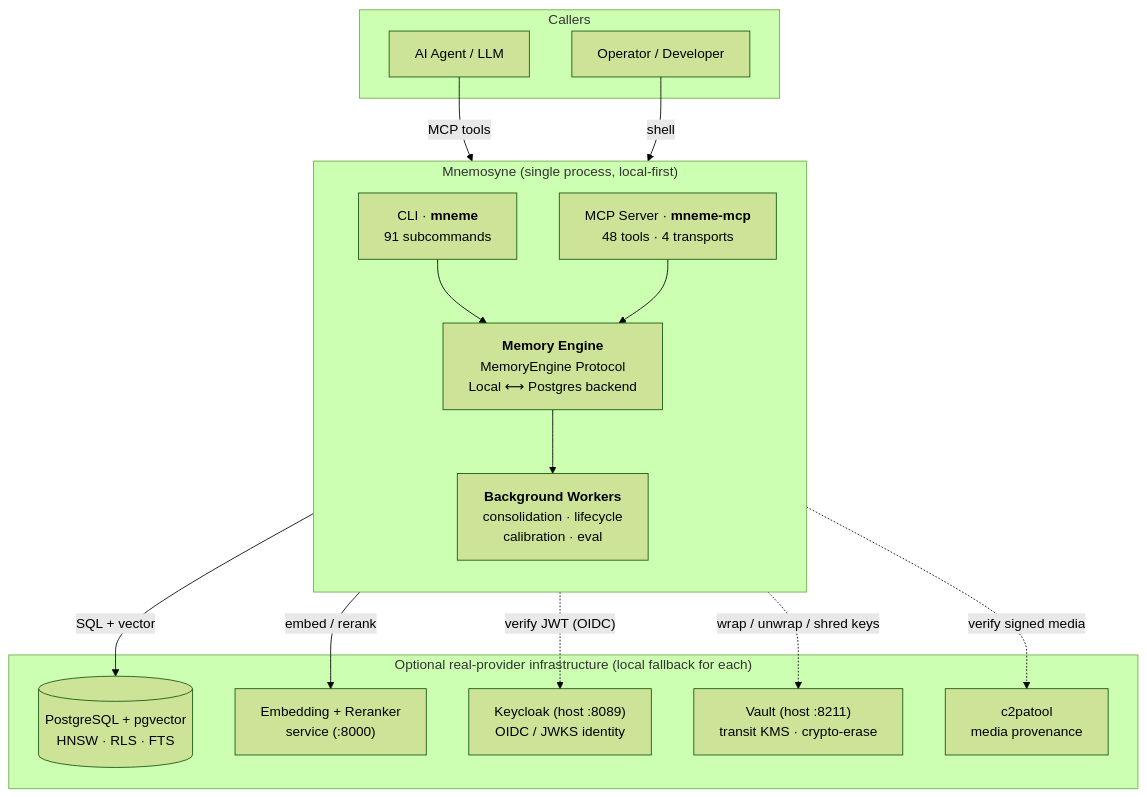
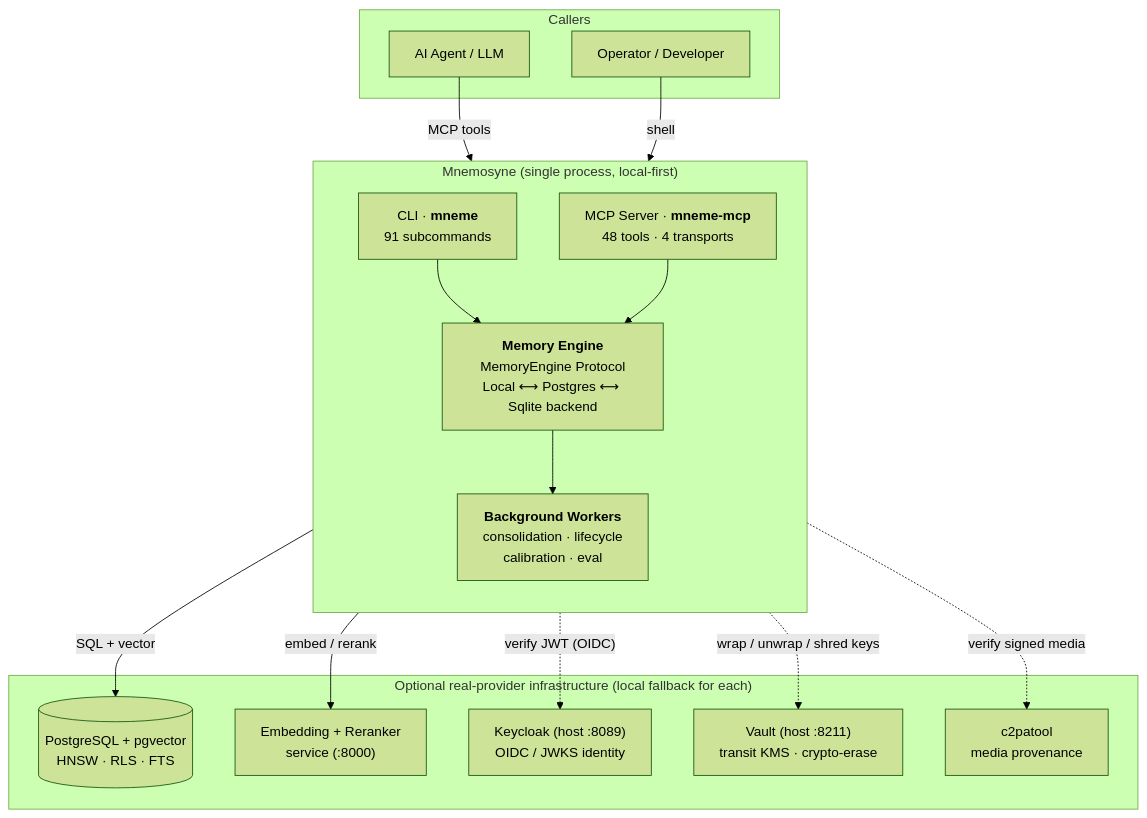
Before and after one commit to onfire7777/Mnemosyne: the first of 8 diagrams in docs/ARCHITECTURE-OVERVIEW.md, drawn with Mermaid (forest theme). The commit also changed other lines of this file and 2 other files, not shown here.

````diff
--- a/docs/ARCHITECTURE-OVERVIEW.md
+++ b/docs/ARCHITECTURE-OVERVIEW.md
@@ -30,34 +30,34 @@
 ```mermaid
 flowchart TB
     subgraph clients["Callers"]
         AGENT["AI Agent / LLM"]
         HUMAN["Operator / Developer"]
     end
 
     subgraph mneme["Mnemosyne (single process, local-first)"]
         direction TB
         CLI["CLI · <b>mneme</b><br/>91 subcommands"]
         MCP["MCP Server · <b>mneme-mcp</b><br/>48 tools · 4 transports"]
-        ENGINE["<b>Memory Engine</b><br/>MemoryEngine Protocol<br/>Local ⟷ Postgres backend"]
+        ENGINE["<b>Memory Engine</b><br/>MemoryEngine Protocol<br/>Local ⟷ Postgres ⟷ Sqlite backend"]
         WORK["<b>Background Workers</b><br/>consolidation · lifecycle<br/>calibration · eval"]
         CLI --> ENGINE
         MCP --> ENGINE
         ENGINE --> WORK
     end
 
     subgraph infra["Optional real-provider infrastructure (local fallback for each)"]
         PG[("PostgreSQL + pgvector<br/>HNSW · RLS · FTS")]
         EMB["Embedding + Reranker<br/>service (:8000)"]
         KC["Keycloak (host :8089)<br/>OIDC / JWKS identity"]
         VAULT["Vault (host :8211)<br/>transit KMS · crypto-erase"]
         C2PA["c2patool<br/>media provenance"]
     end
 
     AGENT -->|"MCP tools"| MCP
     HUMAN -->|"shell"| CLI
     ENGINE -->|"SQL + vector"| PG
     ENGINE -->|"embed / rerank"| EMB
     ENGINE -. "verify JWT (OIDC)" .-> KC
     ENGINE -. "wrap / unwrap / shred keys" .-> VAULT
     ENGINE -. "verify signed media" .-> C2PA
 ```
````
